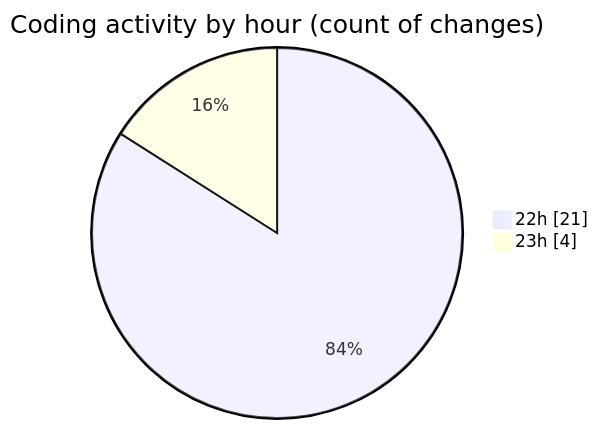
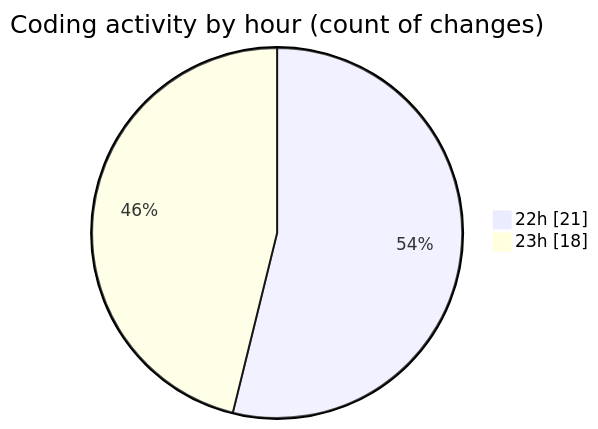
Before and after one commit to Ritupan-Deka/code-tracking: the second of 2 diagrams in 2025-07-22/javascript/README.md, drawn with Mermaid. The commit also changed other lines of this file and 1 other file, not shown here.

````diff
--- a/2025-07-22/javascript/README.md
+++ b/2025-07-22/javascript/README.md
@@ -29,6 +29,6 @@
 ```mermaid
 pie showData
 title Coding activity by hour (count of changes)
 "22h" : 21
-"23h" : 4
+"23h" : 18
 ```
````
